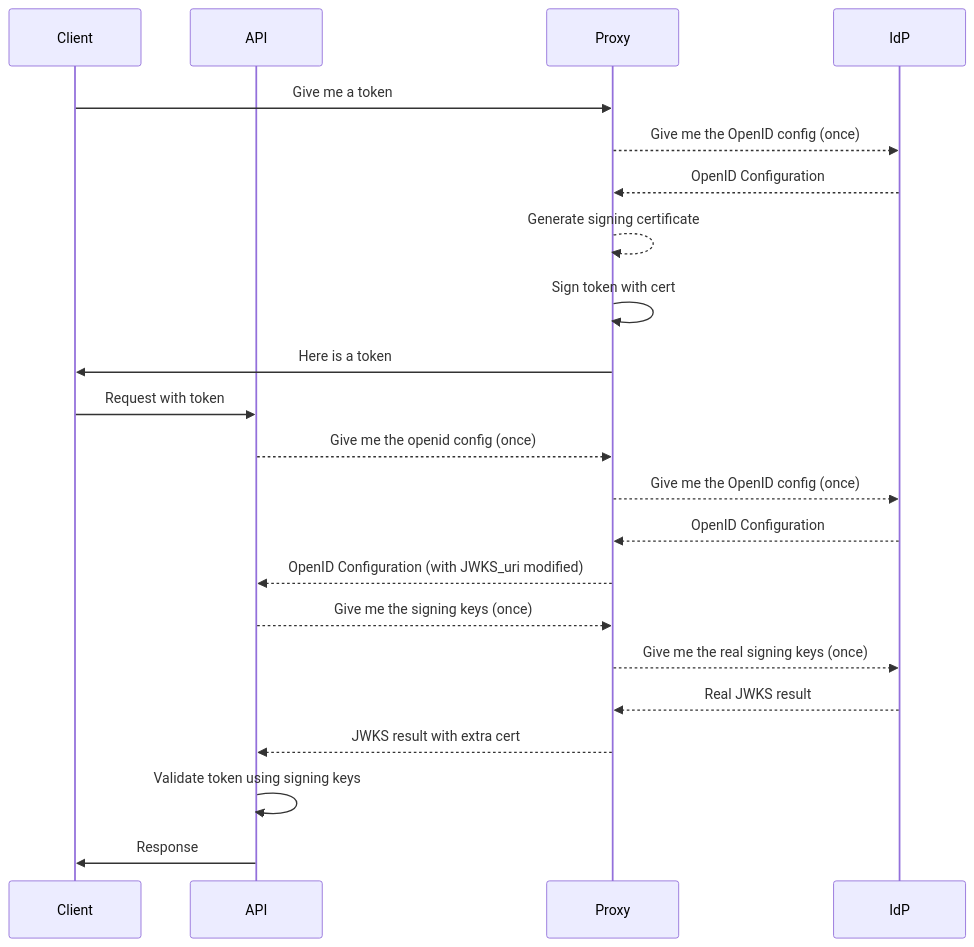
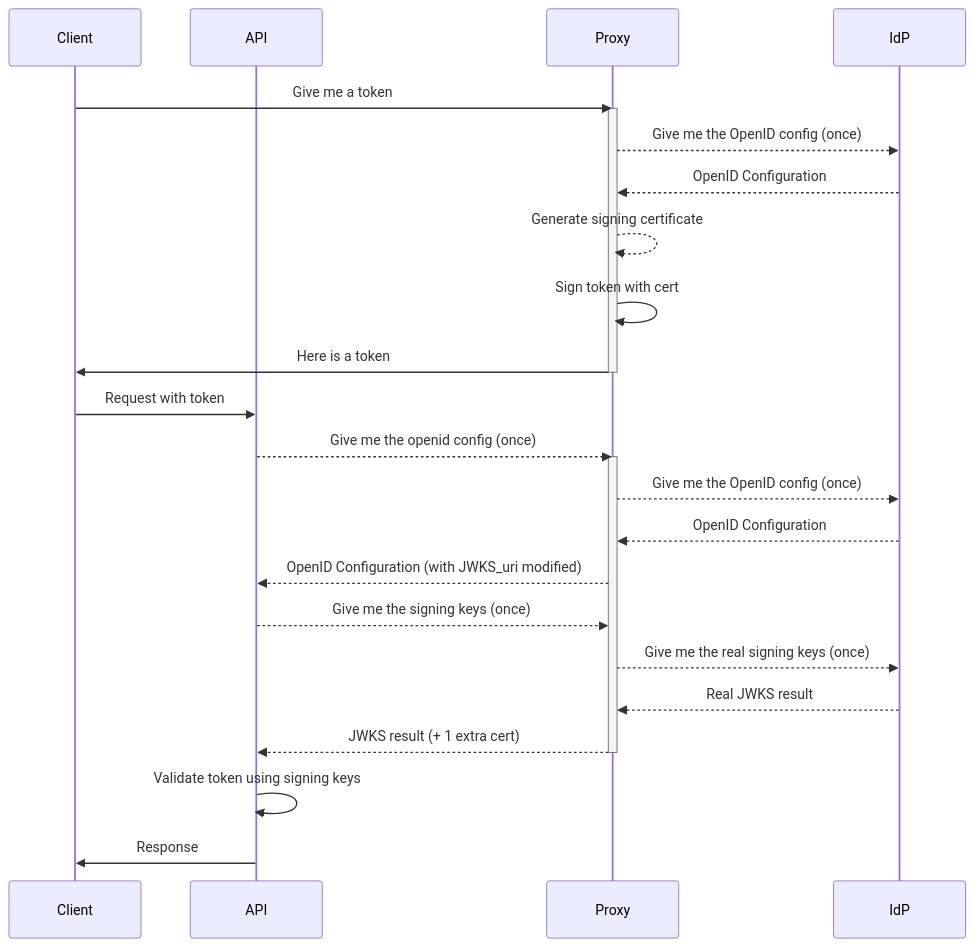
The second of 2 diagrams in README.md (svrooij/identityproxy), drawn with Mermaid before and after one commit. The commit also changed other lines of this file and 2 other files, not shown here.

Commit message:
docs: Added static SVG images

````diff
--- a/README.md
+++ b/README.md
@@ -112,24 +120,28 @@
 ```mermaid
-  sequenceDiagram
+sequenceDiagram
     participant Client
     participant API
     participant Proxy
     participant IdP
     Client->>Proxy: Give me a token
+    activate Proxy
     Proxy-->>IdP: Give me the OpenID config (once)
     IdP-->>Proxy: OpenID Configuration
     Proxy-->>Proxy: Generate signing certificate
     Proxy->>Proxy: Sign token with cert
     Proxy->>Client: Here is a token
+    deactivate Proxy
     Client->>API: Request with token
     API-->>Proxy: Give me the openid config (once)
+    activate Proxy
     Proxy-->>IdP: Give me the OpenID config (once)
     IdP-->>Proxy: OpenID Configuration
     Proxy-->>API: OpenID Configuration (with JWKS_uri modified)
     API-->>Proxy: Give me the signing keys (once)
     Proxy-->>IdP: Give me the real signing keys (once)
     IdP-->>Proxy: Real JWKS result
-    Proxy-->>API: JWKS result with extra cert
+    Proxy-->>API: JWKS result (+ 1 extra cert)
+    deactivate Proxy
     API->>API: Validate token using signing keys
     API->>Client: Response
 ```
````
